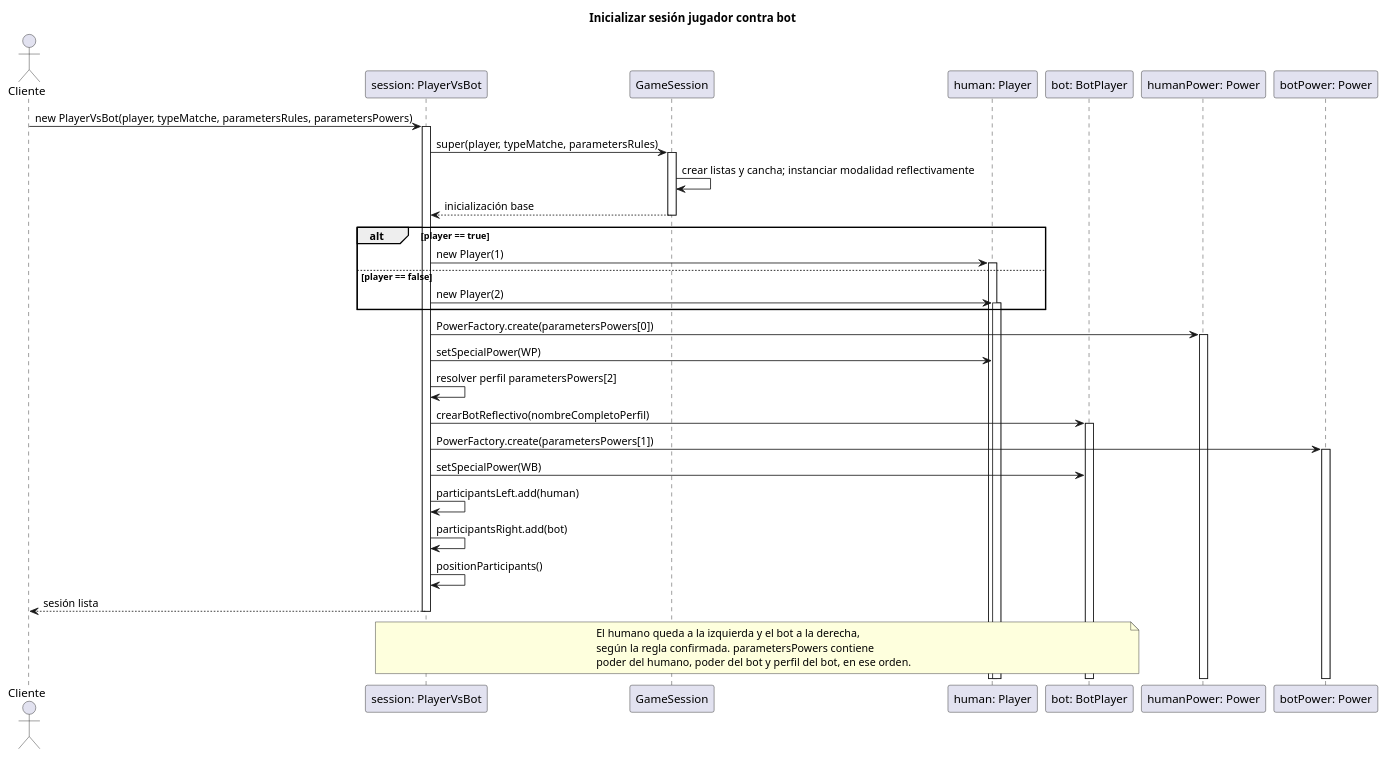
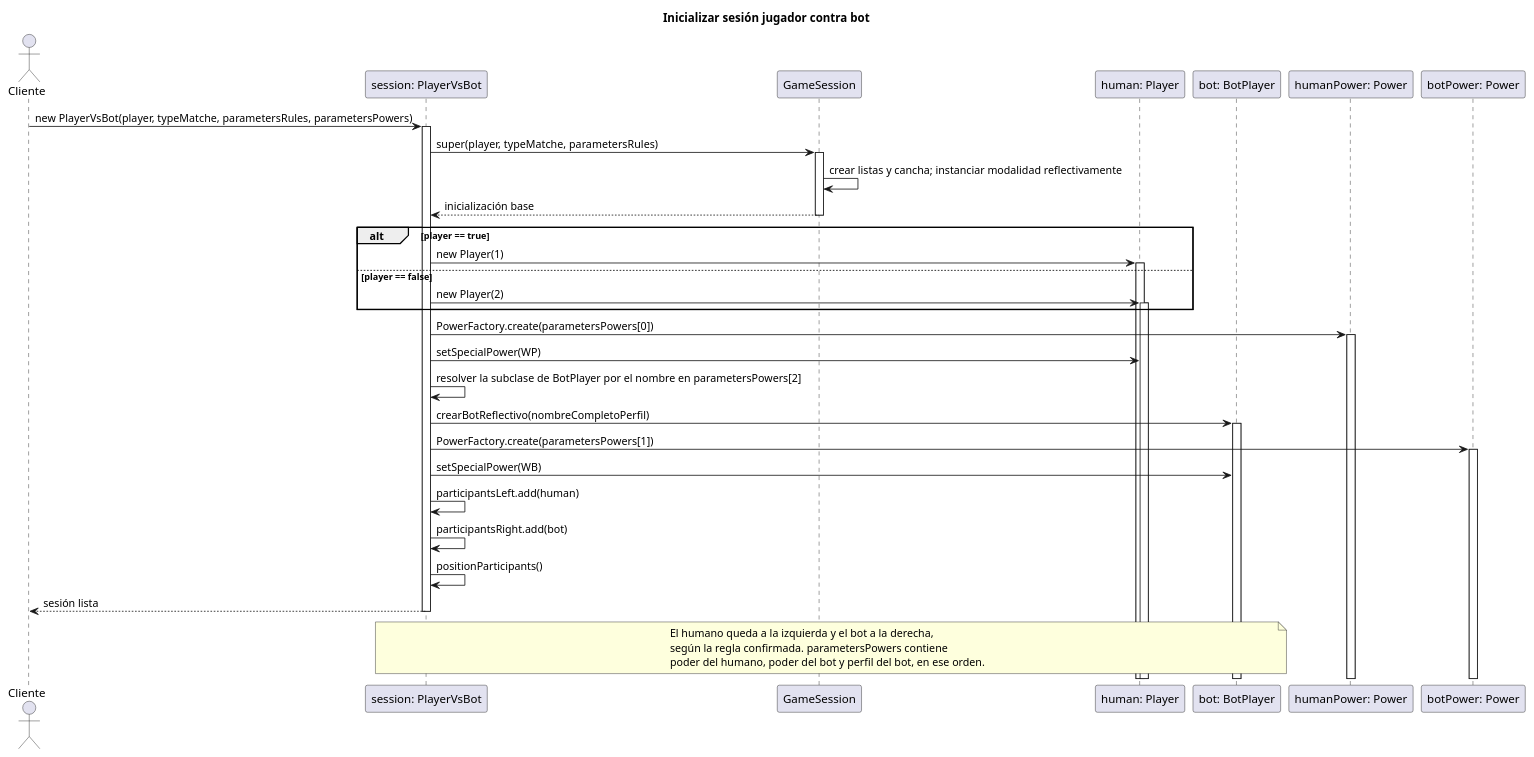
The diagram in docs/uml/player-vs-bot-sequence.puml (PaglkG/ProyectoFinal-Dopo), drawn with PlantUML before and after one commit. The commit also changed 136 other files, not shown here.

Commit message:
diagrama de clase para el parcial

```diff
--- a/docs/uml/player-vs-bot-sequence.puml
+++ b/docs/uml/player-vs-bot-sequence.puml
@@ -1,35 +1,35 @@
 @startuml
 title Inicializar sesión jugador contra bot
 actor Cliente
 participant "session: PlayerVsBot" as S
 participant "GameSession" as Base
 participant "human: Player" as P
 participant "bot: BotPlayer" as B
 participant "humanPower: Power" as WP
 participant "botPower: Power" as WB
 
 Cliente -> S ++: new PlayerVsBot(player, typeMatche, parametersRules, parametersPowers)
 S -> Base ++: super(player, typeMatche, parametersRules)
 Base -> Base: crear listas y cancha; instanciar modalidad reflectivamente
 Base --> S --: inicialización base
 alt player == true
   S -> P ++: new Player(1)
 else player == false
   S -> P ++: new Player(2)
 end
 S -> WP ++: PowerFactory.create(parametersPowers[0])
 S -> P: setSpecialPower(WP)
-S -> S: resolver perfil parametersPowers[2]
+S -> S: resolver la subclase de BotPlayer por el nombre en parametersPowers[2]
 S -> B ++: crearBotReflectivo(nombreCompletoPerfil)
 S -> WB ++: PowerFactory.create(parametersPowers[1])
 S -> B: setSpecialPower(WB)
 S -> S: participantsLeft.add(human)
 S -> S: participantsRight.add(bot)
 S -> S: positionParticipants()
 S --> Cliente --: sesión lista
 note over S,B
   El humano queda a la izquierda y el bot a la derecha,
   según la regla confirmada. parametersPowers contiene
   poder del humano, poder del bot y perfil del bot, en ese orden.
 end note
 @enduml
```
